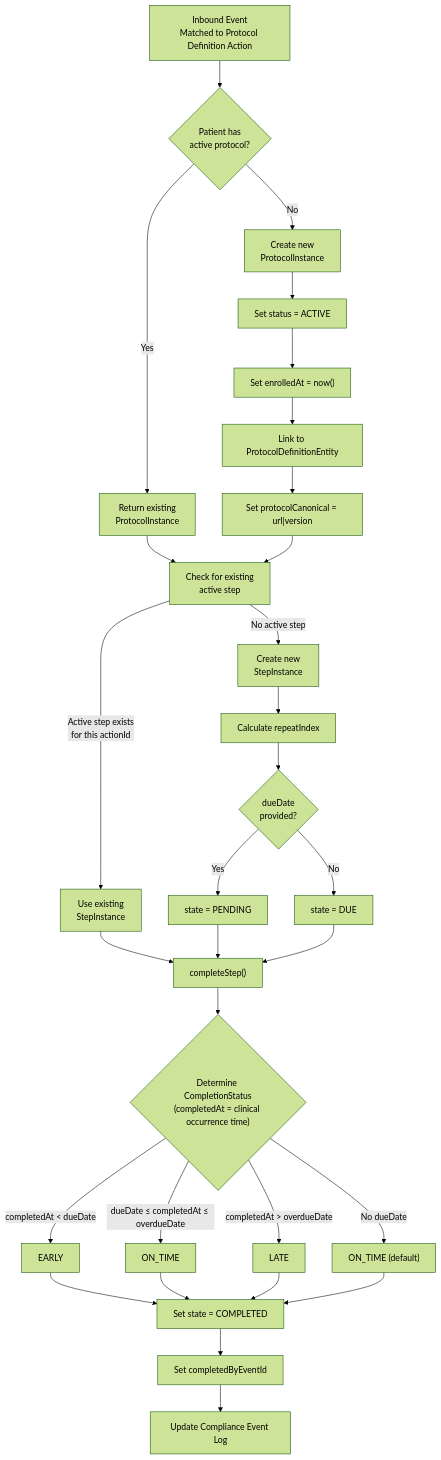
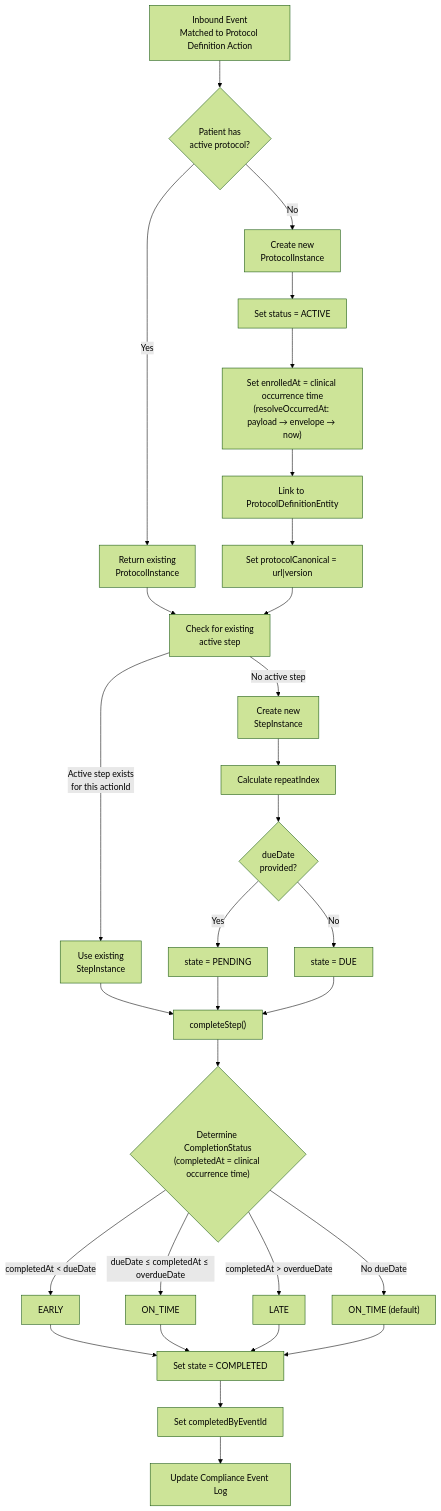
The fourth of 11 diagrams in docs/flow-diagrams.md (Jayaprakash8887/cce-compliance-service), drawn with Mermaid (forest theme) before and after one commit. The commit also changed 5 other files, not shown here.

Commit message:
Update: enrolled_at should be the event_time

````diff
--- a/docs/flow-diagrams.md
+++ b/docs/flow-diagrams.md
@@ -246,41 +246,41 @@
 ```mermaid
 flowchart TD
     A["Inbound Event<br/>Matched to Protocol Definition Action"] --> B{"Patient has<br/>active protocol?"}
 
     B -->|"Yes"| C["Return existing<br/>ProtocolInstance"]
     B -->|"No"| D["Create new<br/>ProtocolInstance"]
 
     D --> E["Set status = ACTIVE"]
-    E --> F["Set enrolledAt = now()"]
+    E --> F["Set enrolledAt = clinical occurrence time<br/>(resolveOccurredAt: payload → envelope → now)"]
     F --> G["Link to ProtocolDefinitionEntity"]
     G --> H["Set protocolCanonical = url|version"]
 
     C --> I["Check for existing<br/>active step"]
     H --> I
 
     I -->|"Active step exists<br/>for this actionId"| J["Use existing<br/>StepInstance"]
     I -->|"No active step"| K["Create new<br/>StepInstance"]
 
     K --> L["Calculate repeatIndex"]
     L --> M{"dueDate<br/>provided?"}
     M -->|"Yes"| N["state = PENDING"]
     M -->|"No"| O["state = DUE"]
 
     J --> P["completeStep()"]
     N --> P
     O --> P
 
     P --> Q{"Determine CompletionStatus<br/>(completedAt = clinical occurrence time)"}
     Q -->|"completedAt < dueDate"| R["EARLY"]
     Q -->|"dueDate ≤ completedAt ≤ overdueDate"| S["ON_TIME"]
     Q -->|"completedAt > overdueDate"| T["LATE"]
     Q -->|"No dueDate"| U["ON_TIME (default)"]
 
     R --> V["Set state = COMPLETED"]
     S --> V
     T --> V
     U --> V
 
     V --> W["Set completedByEventId"]
     W --> X["Update Compliance Event Log"]
 ```
````
